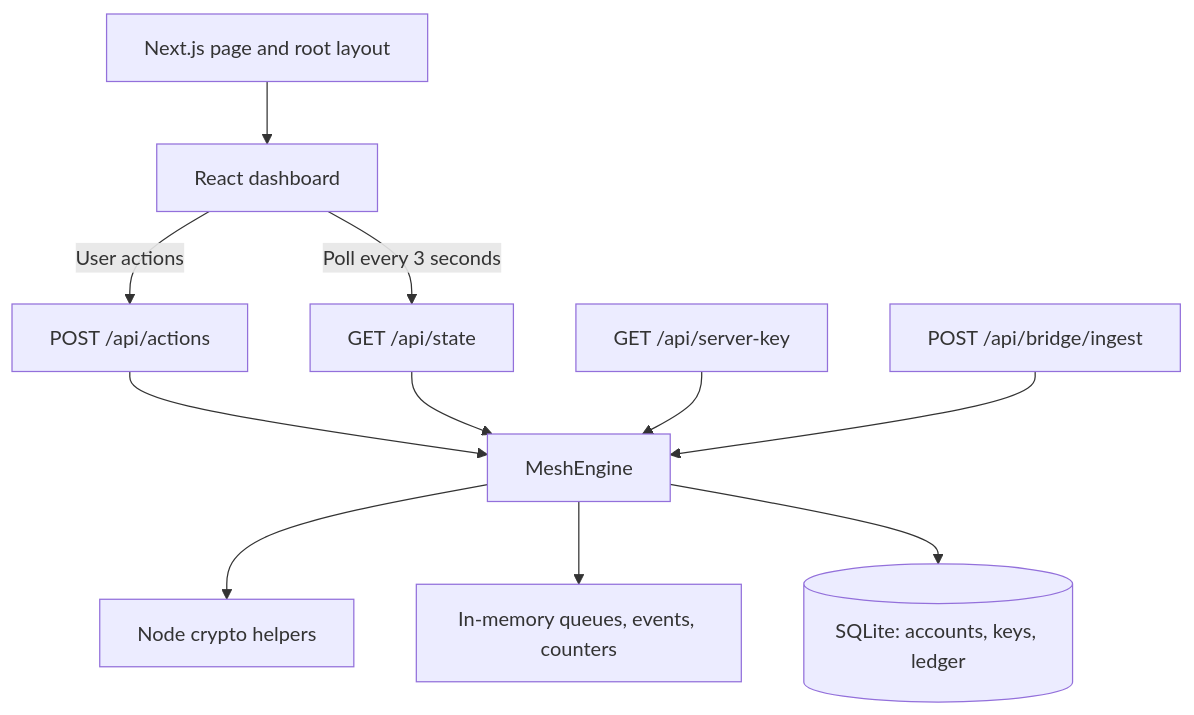
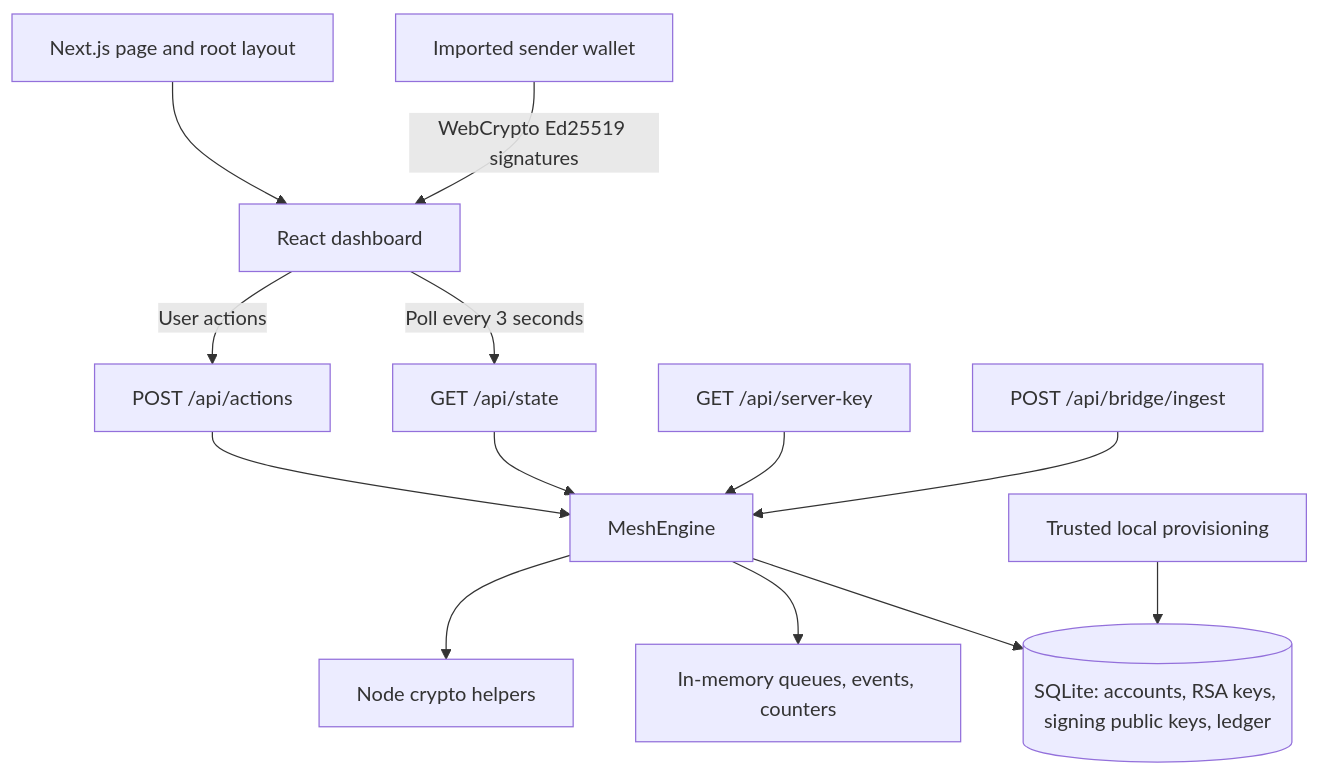
One commit to naman777/meshpay changed the first of 3 diagrams in README.md. Above: the diagram before and after it, drawn with Mermaid. The commit also changed other lines of this file and 1 other file, not shown here.

````diff
--- a/README.md
+++ b/README.md
@@ -142,13 +151,15 @@
 ```mermaid
 flowchart TD
     Page[Next.js page and root layout] --> Browser[React dashboard]
     Browser -->|User actions| Actions[POST /api/actions]
     Browser -->|Poll every 3 seconds| State[GET /api/state]
     Actions --> Engine[MeshEngine]
     State --> Engine
     Key[GET /api/server-key] --> Engine
     Ingest[POST /api/bridge/ingest] --> Engine
     Engine --> Crypto[Node crypto helpers]
     Engine --> Memory[In-memory queues, events, counters]
-    Engine --> DB[(SQLite: accounts, keys, ledger)]
+    Engine --> DB[(SQLite: accounts, RSA keys, signing public keys, ledger)]
+    Wallet[Imported sender wallet] -->|WebCrypto Ed25519 signatures| Browser
+    CLI[Trusted local provisioning] --> DB
 ```
````
